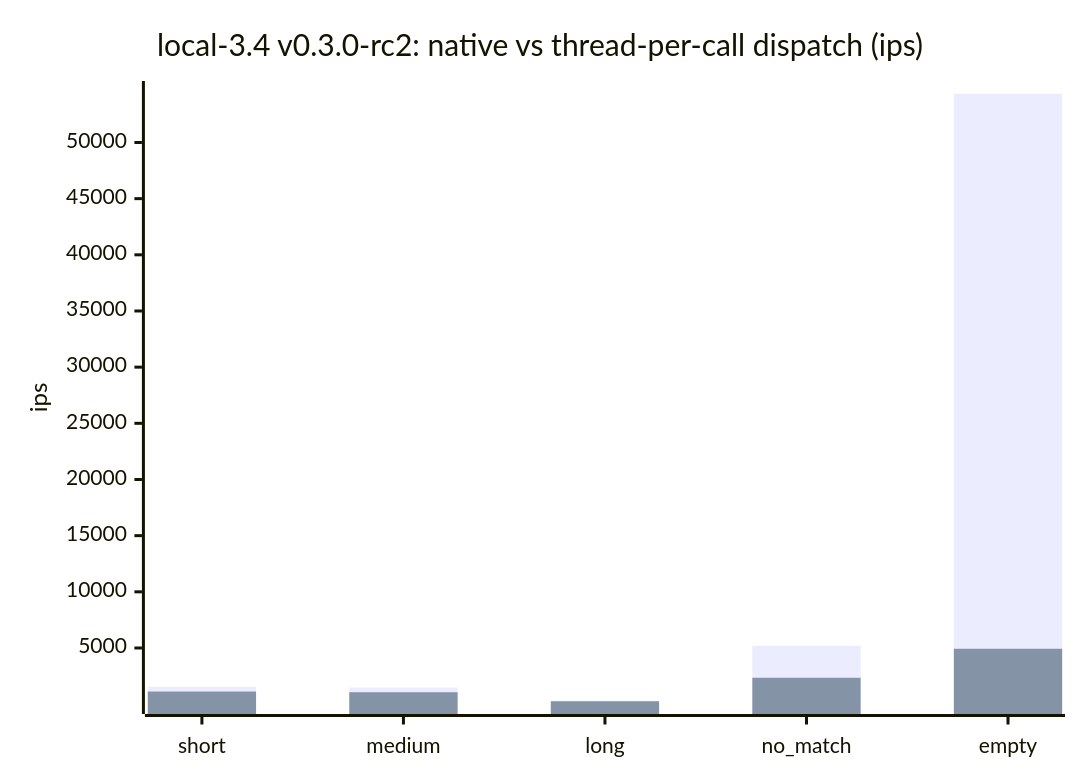
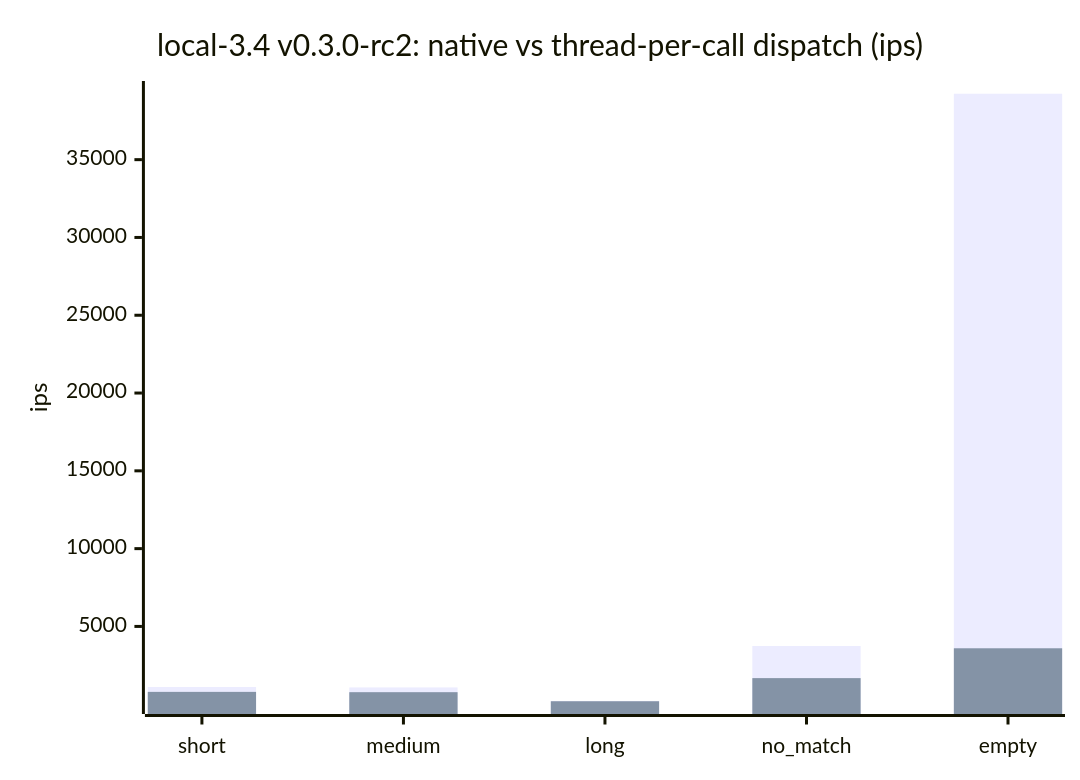
The fourth of 7 diagrams in docs/benchmarks/README.md (cpb/duckling), drawn with Mermaid before and after one commit. The commit also changed other lines of this file and 1 other file, not shown here.

````diff
--- a/docs/benchmarks/README.md
+++ b/docs/benchmarks/README.md
@@ -165,8 +165,8 @@
 ```mermaid
 xychart-beta
     title "local-3.4 v0.3.0-rc2: native vs thread-per-call dispatch (ips)"
     x-axis [short, medium, long, no_match, empty]
     y-axis "ips"
-    bar "native" [1541.4, 1478.2, 299.1, 5207.1, 54337.3]
-    bar "thread-per-call" [1122.6, 1061.7, 259.2, 2350.7, 4930.6]
+    bar "native" [1105.4, 1077.8, 210.0, 3743.2, 39235.9]
+    bar "thread-per-call" [793.1, 773.6, 190.9, 1677.7, 3595.0]
 ```
````
